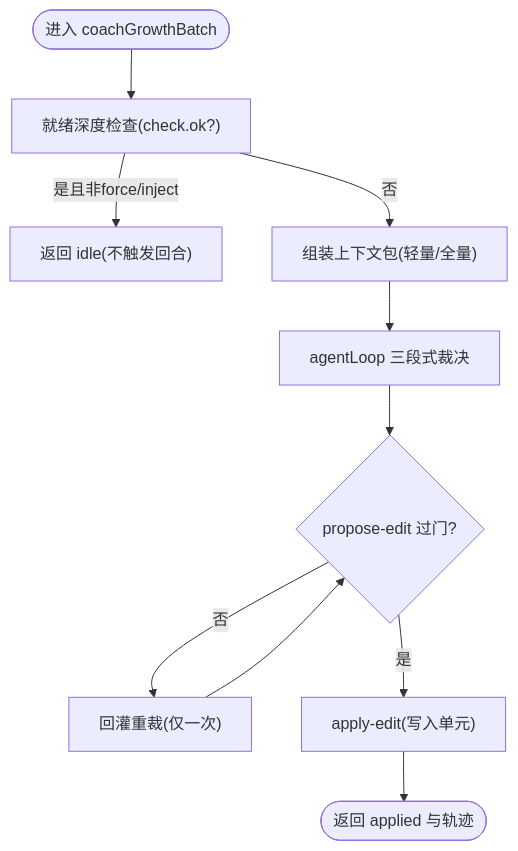
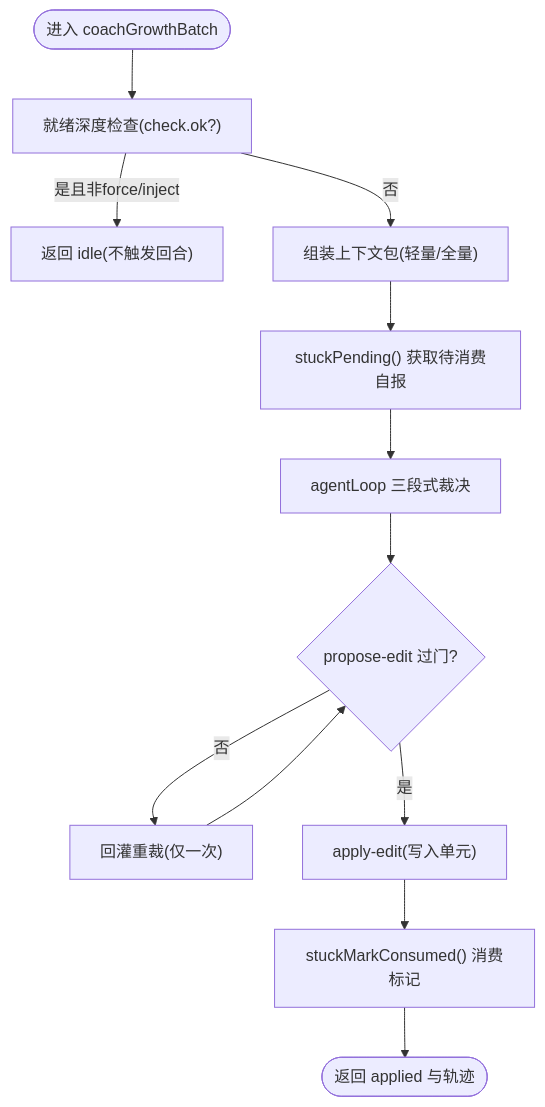
The third of 9 diagrams in .qoder/repowiki/zh/content/引擎核心/子系统架构/成长子系统.md (maozhijie/learnhub-plugin), drawn with Mermaid before and after one commit. The commit also changed other lines of this file and 8 other files, not shown here.

````diff
--- a/.qoder/repowiki/zh/content/引擎核心/子系统架构/成长子系统.md
+++ b/.qoder/repowiki/zh/content/引擎核心/子系统架构/成长子系统.md
@@ -140,12 +182,14 @@
 ```mermaid
 flowchart TD
 Start(["进入 coachGrowthBatch"]) --> Check["就绪深度检查(check.ok?)"]
 Check --> |是且非force/inject| Idle["返回 idle(不触发回合)"]
 Check --> |否| Pack["组装上下文包(轻量/全量)"]
-Pack --> Loop["agentLoop 三段式裁决"]
+Pack --> Inject["stuckPending() 获取待消费自报"]
+Inject --> Loop["agentLoop 三段式裁决"]
 Loop --> Gate{"propose-edit 过门?"}
 Gate --> |否| Repair["回灌重裁(仅一次)"]
 Repair --> Gate
 Gate --> |是| Apply["apply-edit(写入单元)"]
-Apply --> End(["返回 applied 与轨迹"])
+Apply --> Consume["stuckMarkConsumed() 消费标记"]
+Consume --> End(["返回 applied 与轨迹"])
 ```
````
